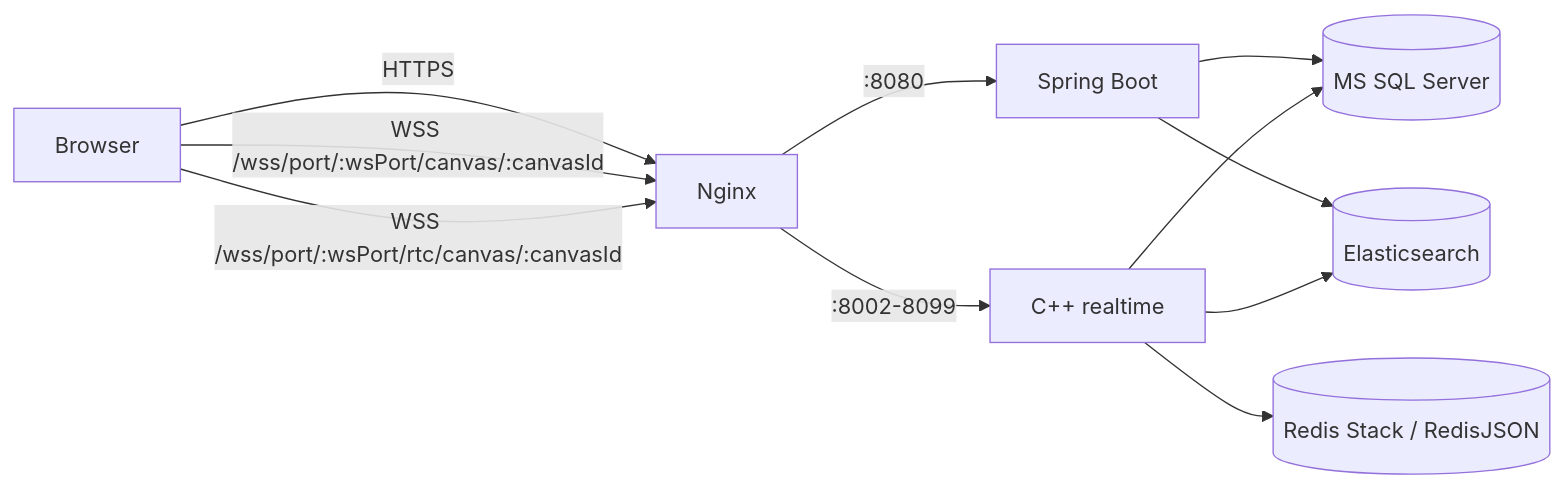
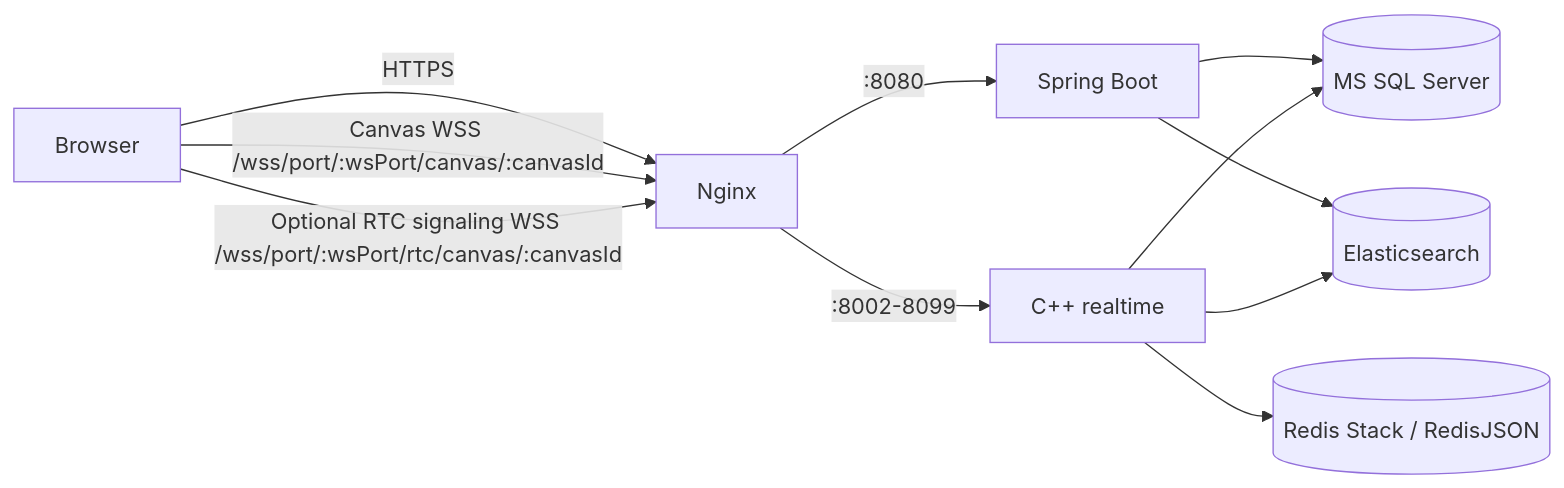
One commit to LHS11110/project-agora-BE changed the diagram in README.md. Above: the diagram before and after it, drawn with Mermaid. The commit also changed other lines of this file and 7 other files, not shown here.

````diff
--- a/README.md
+++ b/README.md
@@ -9,13 +9,13 @@
 ```mermaid
 flowchart LR
     Browser[Browser] -->|HTTPS| Nginx
-    Browser -->|WSS /wss/port/:wsPort/canvas/:canvasId| Nginx
-    Browser -->|WSS /wss/port/:wsPort/rtc/canvas/:canvasId| Nginx
+    Browser -->|Canvas WSS /wss/port/:wsPort/canvas/:canvasId| Nginx
+    Browser -->|Optional RTC signaling WSS /wss/port/:wsPort/rtc/canvas/:canvasId| Nginx
     Nginx -->|:8080| Spring[Spring Boot]
     Nginx -->|:8002-8099| Cpp[C++ realtime]
     Spring --> MSSQL[(MS SQL Server)]
     Spring --> ES[(Elasticsearch)]
     Cpp --> MSSQL
     Cpp --> Redis[(Redis Stack / RedisJSON)]
     Cpp --> ES
 ```
````
